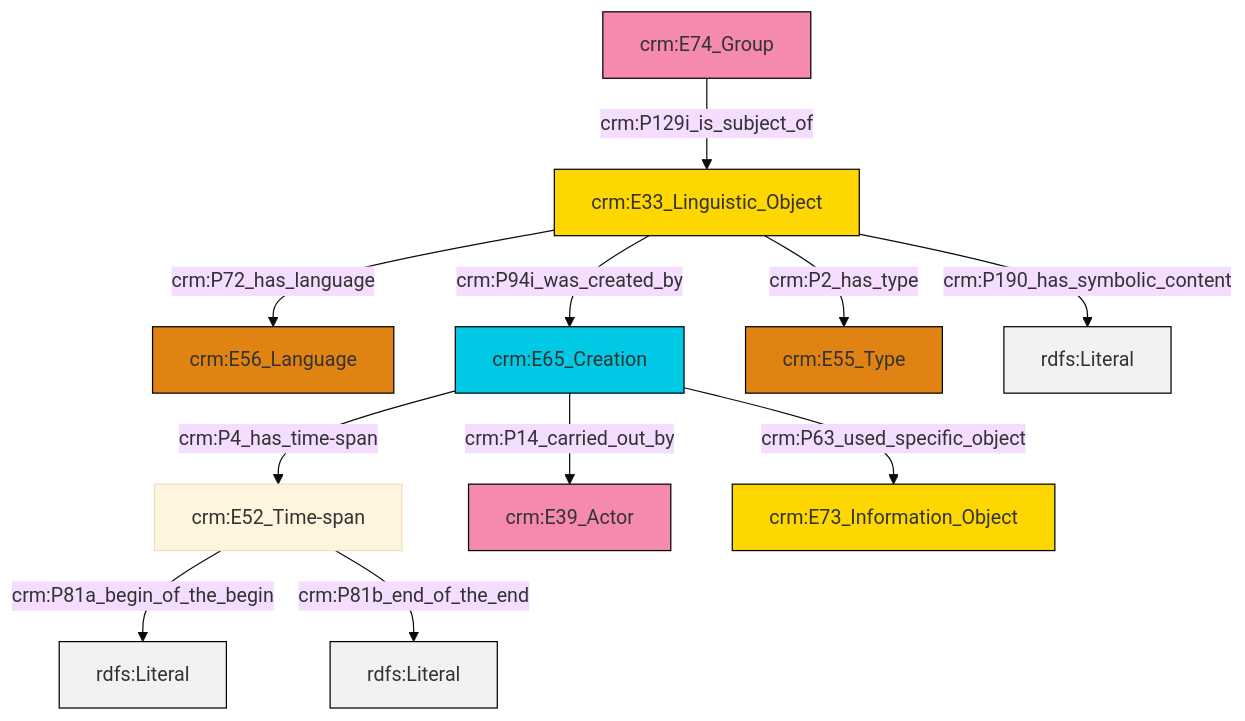
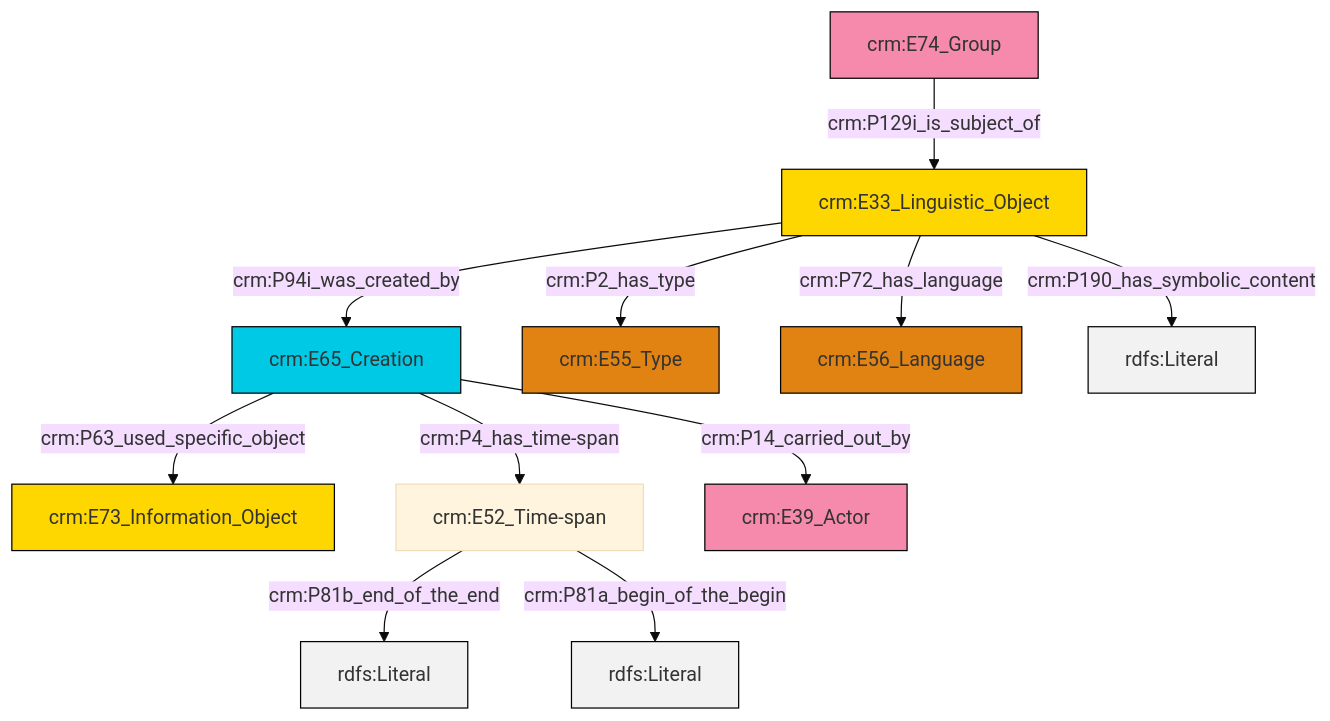
The diagram in et/groupCSV/ttl/mmd/group_description.ttl.mmd (ncarboni/srdm), drawn with Mermaid (base theme) before and after one commit. The commit also changed 187 other files, not shown here.

```diff
--- a/et/groupCSV/ttl/mmd/group_description.ttl.mmd
+++ b/et/groupCSV/ttl/mmd/group_description.ttl.mmd
@@ -1,25 +1,25 @@
 graph TD
 classDef Literal fill:#f2f2f2,stroke:#000000;
 classDef CRM_Entity fill:#FFFFFF,stroke:#000000;
 classDef Temporal_Entity fill:#00C9E6, stroke:#000000;
 classDef Type fill:#E18312, stroke:#000000;
 classDef Time-Span fill:#2C9C91, stroke:#000000;
 classDef Appellation fill:#FFEB7F, stroke:#000000;
 classDef Place fill:#008836, stroke:#000000;
 classDef Persistent_Item fill:#B266B2, stroke:#000000;
 classDef Conceptual_Object fill:#FFD700, stroke:#000000;
 classDef Physical_Thing fill:#D2B48C, stroke:#000000;
 classDef Actor fill:#f58aad, stroke:#000000;
 classDef PC_Classes fill:#4ce600, stroke:#000000;
 classDef Multi fill:#cccccc,stroke:#000000;
 
-0["crm:E52_Time-span"]:::Default -->|crm:P81a_begin_of_the_begin| 1[rdfs:Literal]:::Literal
-4["crm:E65_Creation"]:::Temporal_Entity -->|crm:P14_carried_out_by| 5["crm:E39_Actor"]:::Actor
-0["crm:E52_Time-span"]:::Default -->|crm:P81b_end_of_the_end| 7[rdfs:Literal]:::Literal
-4["crm:E65_Creation"]:::Temporal_Entity -->|crm:P4_has_time-span| 0["crm:E52_Time-span"]:::Default
-4["crm:E65_Creation"]:::Temporal_Entity -->|crm:P63_used_specific_object| 10["crm:E73_Information_Object"]:::Conceptual_Object
-15["crm:E74_Group"]:::Actor -->|crm:P129i_is_subject_of| 8["crm:E33_Linguistic_Object"]:::Conceptual_Object
-8["crm:E33_Linguistic_Object"]:::Conceptual_Object -->|crm:P94i_was_created_by| 4["crm:E65_Creation"]:::Temporal_Entity
-8["crm:E33_Linguistic_Object"]:::Conceptual_Object -->|crm:P190_has_symbolic_content| 17[rdfs:Literal]:::Literal
-8["crm:E33_Linguistic_Object"]:::Conceptual_Object -->|crm:P2_has_type| 12["crm:E55_Type"]:::Type
-8["crm:E33_Linguistic_Object"]:::Conceptual_Object -->|crm:P72_has_language| 2["crm:E56_Language"]:::Type
+4["crm:E33_Linguistic_Object"]:::Conceptual_Object -->|crm:P94i_was_created_by| 0["crm:E65_Creation"]:::Temporal_Entity
+0["crm:E65_Creation"]:::Temporal_Entity -->|crm:P4_has_time-span| 5["crm:E52_Time-span"]:::Default
+0["crm:E65_Creation"]:::Temporal_Entity -->|crm:P14_carried_out_by| 6["crm:E39_Actor"]:::Actor
+5["crm:E52_Time-span"]:::Default -->|crm:P81b_end_of_the_end| 12[rdfs:Literal]:::Literal
+5["crm:E52_Time-span"]:::Default -->|crm:P81a_begin_of_the_begin| 13[rdfs:Literal]:::Literal
+14["crm:E74_Group"]:::Actor -->|crm:P129i_is_subject_of| 4["crm:E33_Linguistic_Object"]:::Conceptual_Object
+4["crm:E33_Linguistic_Object"]:::Conceptual_Object -->|crm:P72_has_language| 10["crm:E56_Language"]:::Type
+4["crm:E33_Linguistic_Object"]:::Conceptual_Object -->|crm:P190_has_symbolic_content| 16[rdfs:Literal]:::Literal
+4["crm:E33_Linguistic_Object"]:::Conceptual_Object -->|crm:P2_has_type| 7["crm:E55_Type"]:::Type
+0["crm:E65_Creation"]:::Temporal_Entity -->|crm:P63_used_specific_object| 2["crm:E73_Information_Object"]:::Conceptual_Object
```
